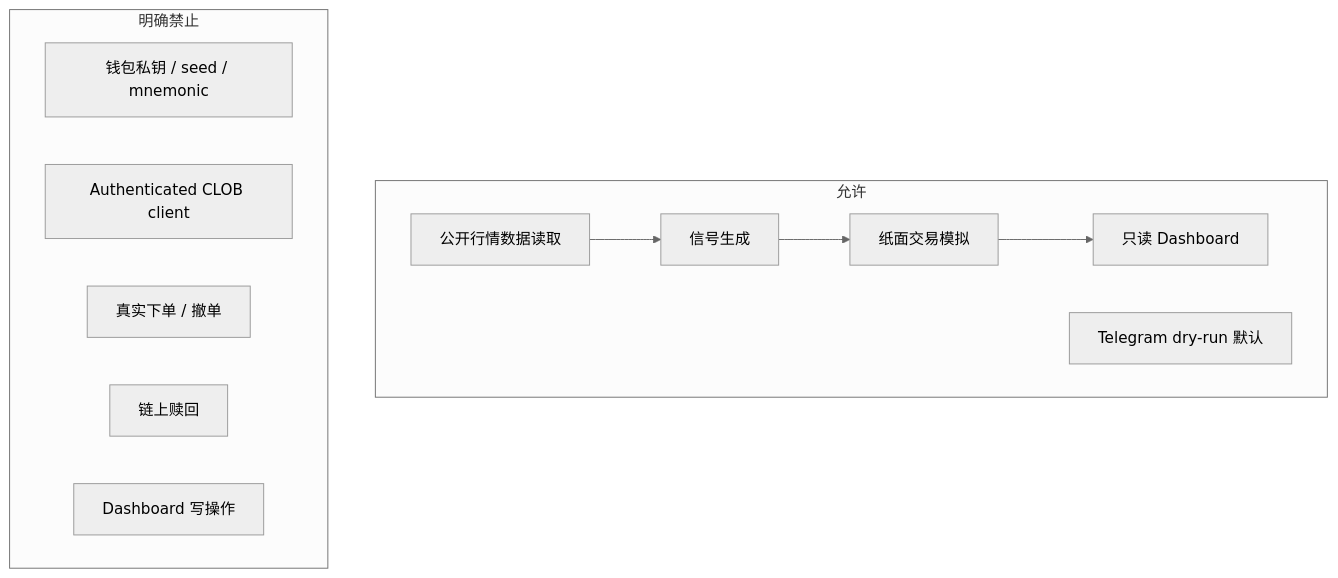
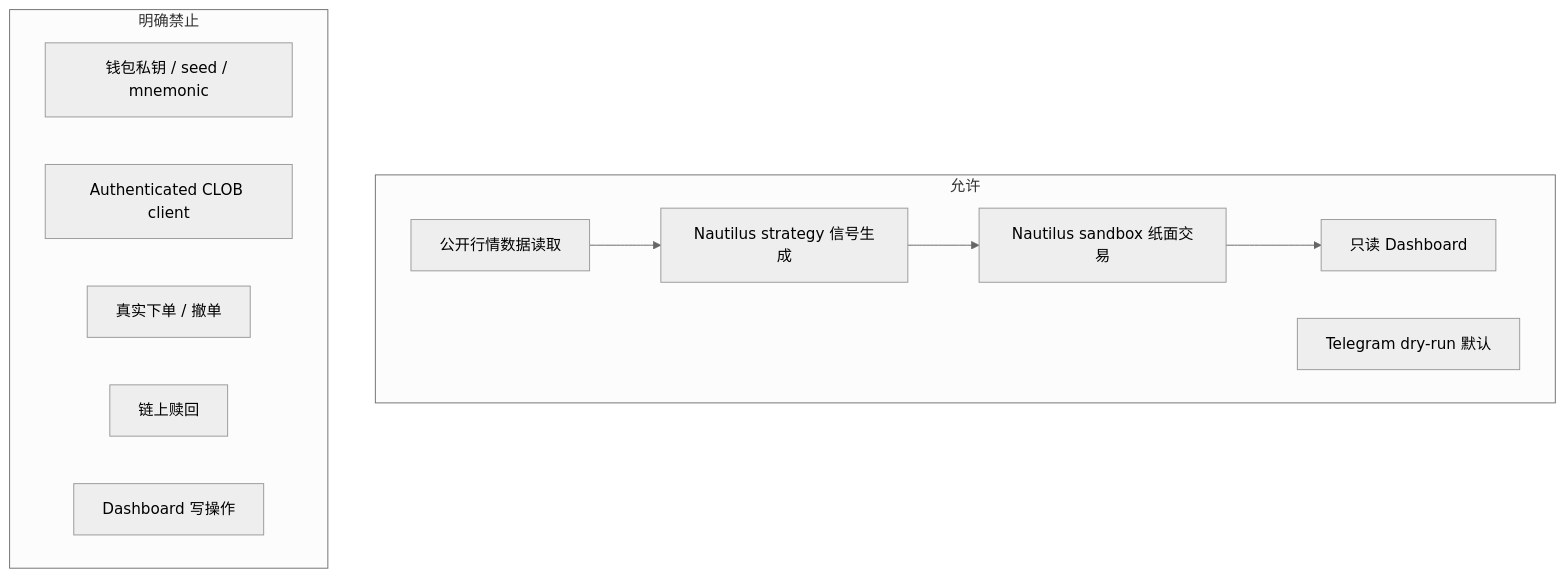
Before and after one commit to 6Kmfi6HP/polysignal-lab: the fifth of 7 diagrams in docs/PROJECT_ARCHITECTURE_VISUAL.md, drawn with Mermaid (neutral theme). The commit also changed other lines of this file and 3 other files, not shown here.

````diff
--- a/docs/PROJECT_ARCHITECTURE_VISUAL.md
+++ b/docs/PROJECT_ARCHITECTURE_VISUAL.md
@@ -135,20 +129,20 @@
 ```mermaid
 flowchart TB
   subgraph Allowed["允许"]
     PublicData["公开行情数据读取"]
-    SignalOnly["信号生成"]
-    PaperOnly["纸面交易模拟"]
+    SignalOnly["Nautilus strategy 信号生成"]
+    PaperOnly["Nautilus sandbox 纸面交易"]
     ReadDashboard["只读 Dashboard"]
     DryTelegram["Telegram dry-run 默认"]
   end
 
   subgraph Blocked["明确禁止"]
     Secrets["钱包私钥 / seed / mnemonic"]
     SecureClient["Authenticated CLOB client"]
     LiveOrders["真实下单 / 撤单"]
     Redeem["链上赎回"]
     AdminAPI["Dashboard 写操作"]
   end
 
   PublicData --> SignalOnly --> PaperOnly --> ReadDashboard
 ```
````
